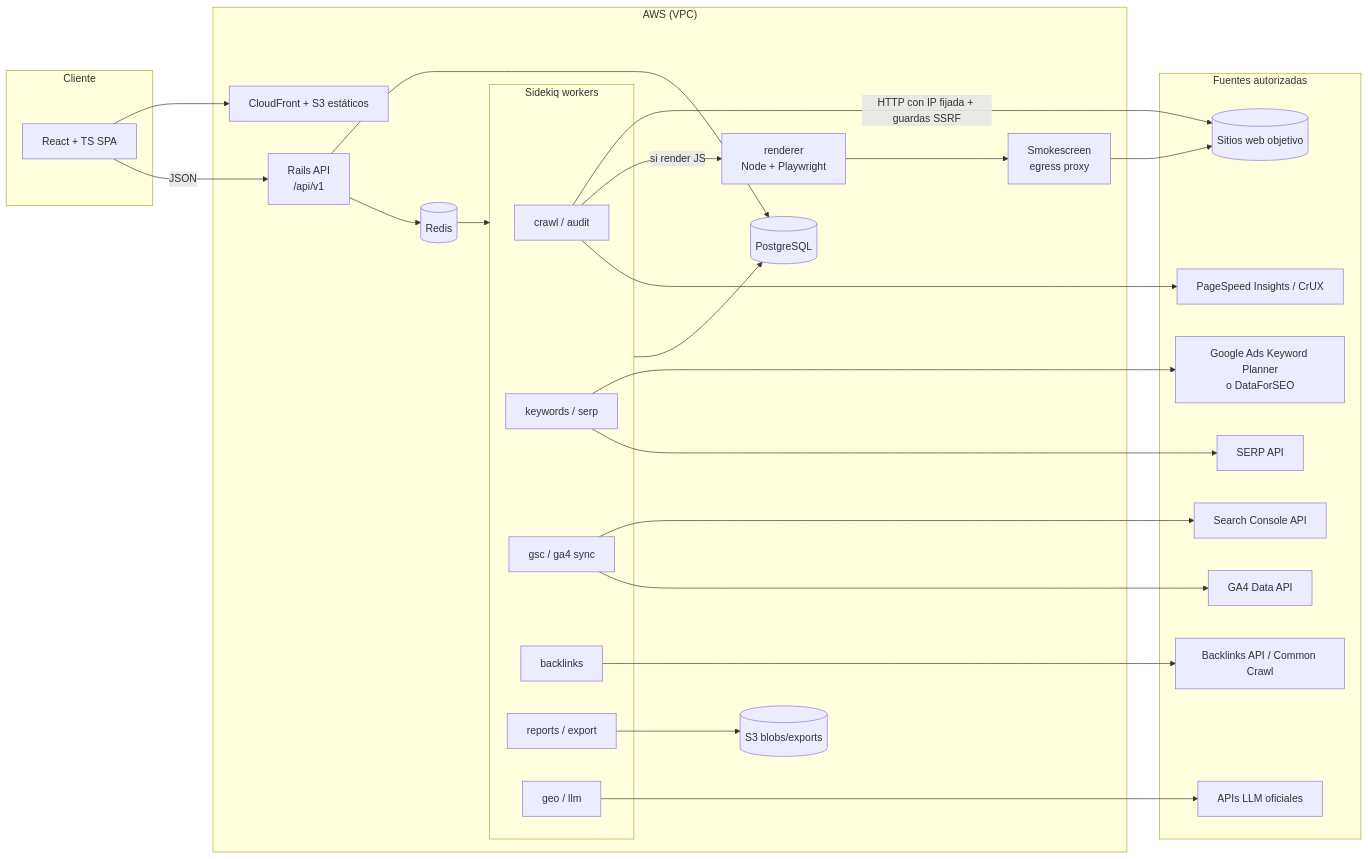
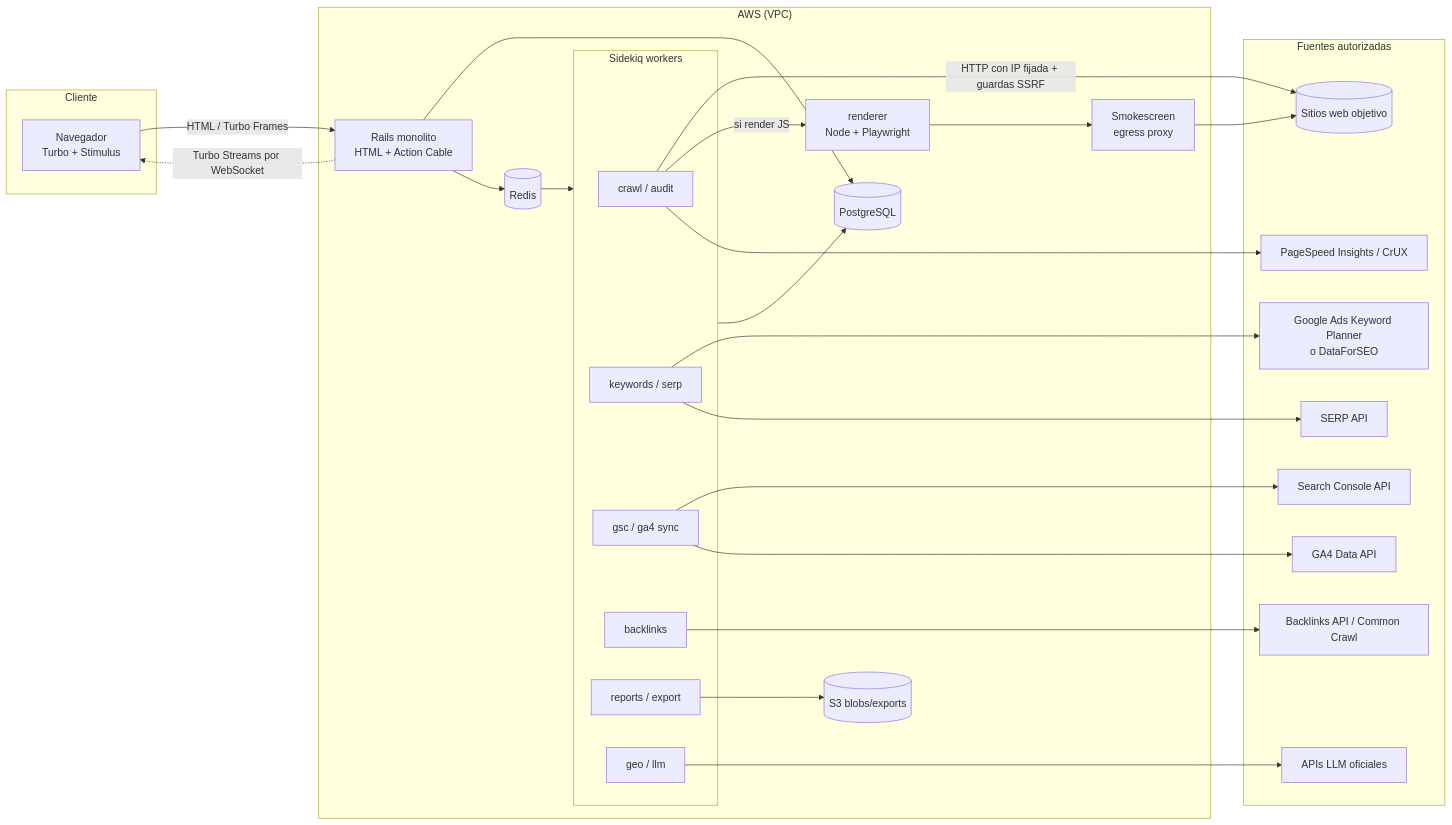
One commit to poemmacode/pleo changed the first of 2 diagrams in docs/02-arquitectura.md. Above: the diagram before and after it, drawn with Mermaid. The commit also changed other lines of this file and 299 other files, not shown here.

First line of the commit message:
Monolito Rails con Hotwire: elimina la API JSON y la SPA de React

````diff
--- a/docs/02-arquitectura.md
+++ b/docs/02-arquitectura.md
@@ -23,53 +23,52 @@
 ```mermaid
 flowchart LR
   subgraph Cliente
-    UI[React + TS SPA]
+    UI[Navegador<br/>Turbo + Stimulus]
   end
 
   subgraph AWS["AWS (VPC)"]
-    CF[CloudFront + S3 estáticos]
-    API[Rails API<br/>/api/v1]
+    API[Rails monolito<br/>HTML + Action Cable]
     subgraph Workers["Sidekiq workers"]
       WC[crawl / audit]
       WK[keywords / serp]
       WG[gsc / ga4 sync]
       WB[backlinks]
       WR[reports / export]
       WGEO[geo / llm]
     end
     REN[renderer<br/>Node + Playwright]
     SMK[Smokescreen<br/>egress proxy]
     PG[(PostgreSQL)]
     RD[(Redis)]
     S3[(S3 blobs/exports)]
   end
 
   subgraph Externos["Fuentes autorizadas"]
     WEB[(Sitios web objetivo)]
     GSC[Search Console API]
     GA4[GA4 Data API]
     PSI[PageSpeed Insights / CrUX]
     KWP[Google Ads Keyword Planner<br/>o DataForSEO]
     SERP[SERP API]
     BL[Backlinks API / Common Crawl]
     LLM[APIs LLM oficiales]
   end
 
-  UI --> CF
-  UI -->|JSON| API
+  UI -->|HTML / Turbo Frames| API
+  API -.->|Turbo Streams por WebSocket| UI
   API --> PG
   API --> RD
   RD --> Workers
   Workers --> PG
   WC -->|HTTP con IP fijada + guardas SSRF| WEB
   WC -->|si render JS| REN
   REN --> SMK --> WEB
   WC --> PSI
   WG --> GSC
   WG --> GA4
   WK --> KWP
   WK --> SERP
   WB --> BL
   WGEO --> LLM
   WR --> S3
 ```
````
